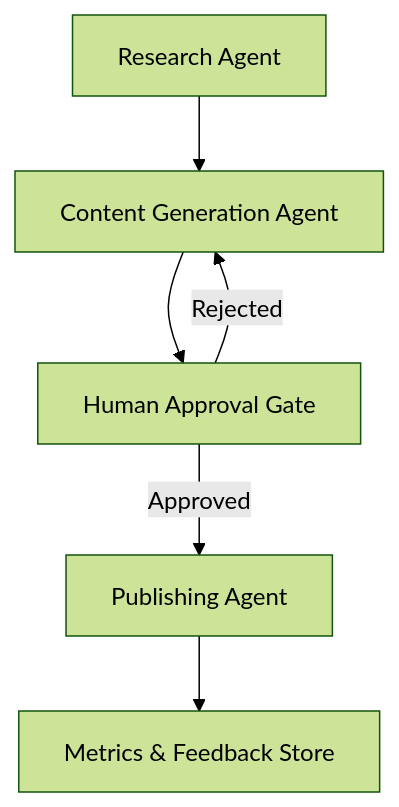
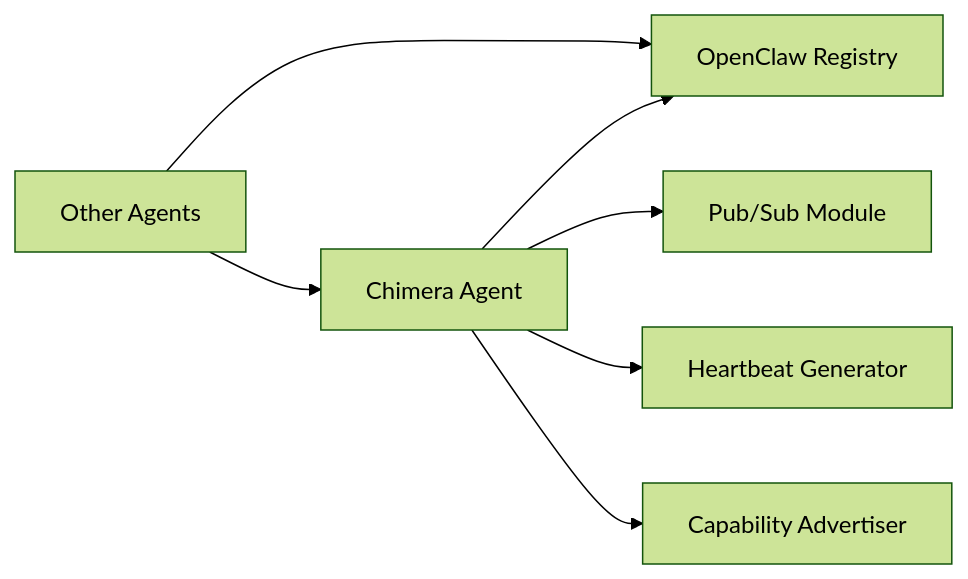
Before and after one commit to MamaMoh/Project-Chimera: the fifth of 7 diagrams in research/architecture_strategy.md, drawn with Mermaid (forest theme). The commit also changed other lines of this file and 6 other files, not shown here.

````diff
--- a/research/architecture_strategy.md
+++ b/research/architecture_strategy.md
@@ -69,8 +158,9 @@
 ```mermaid
-graph TD
-    A[Research Agent] --> B[Content Generation Agent]
-    B --> C[Human Approval Gate]
-    C -->|Approved| D[Publishing Agent]
-    C -->|Rejected| B
-    D --> E[Metrics & Feedback Store]
+graph LR
+    Chimera[Chimera Agent] --> Registry[OpenClaw Registry]
+    Chimera --> PubSub[Pub/Sub Module]
+    Chimera --> Heartbeat[Heartbeat Generator]
+    Chimera --> Capability[Capability Advertiser]
+    OtherAgent[Other Agents] --> Registry
+    OtherAgent --> Chimera
 ```
````
